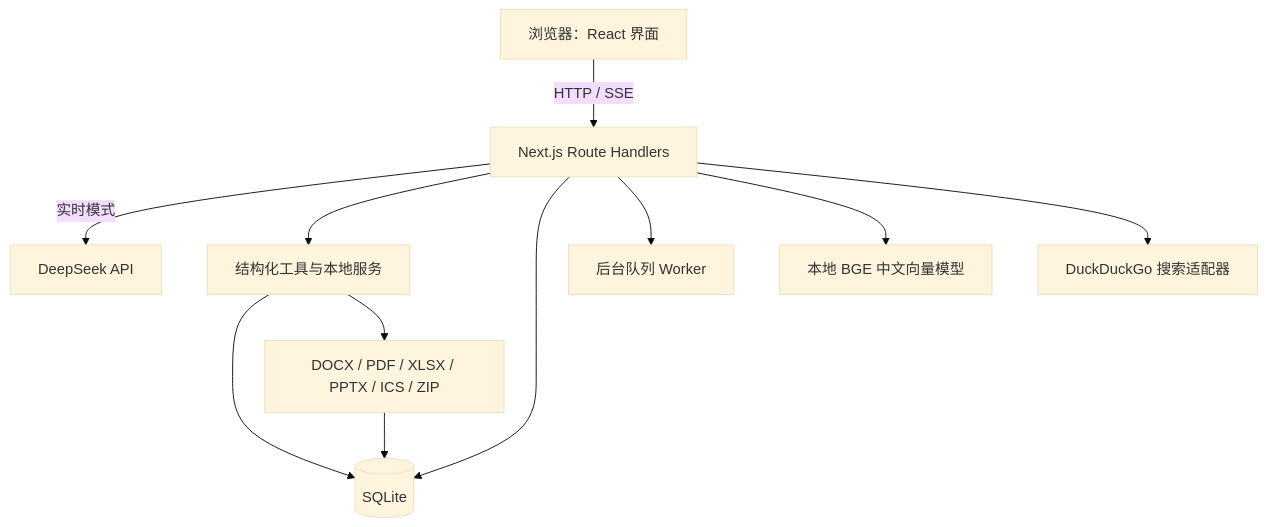
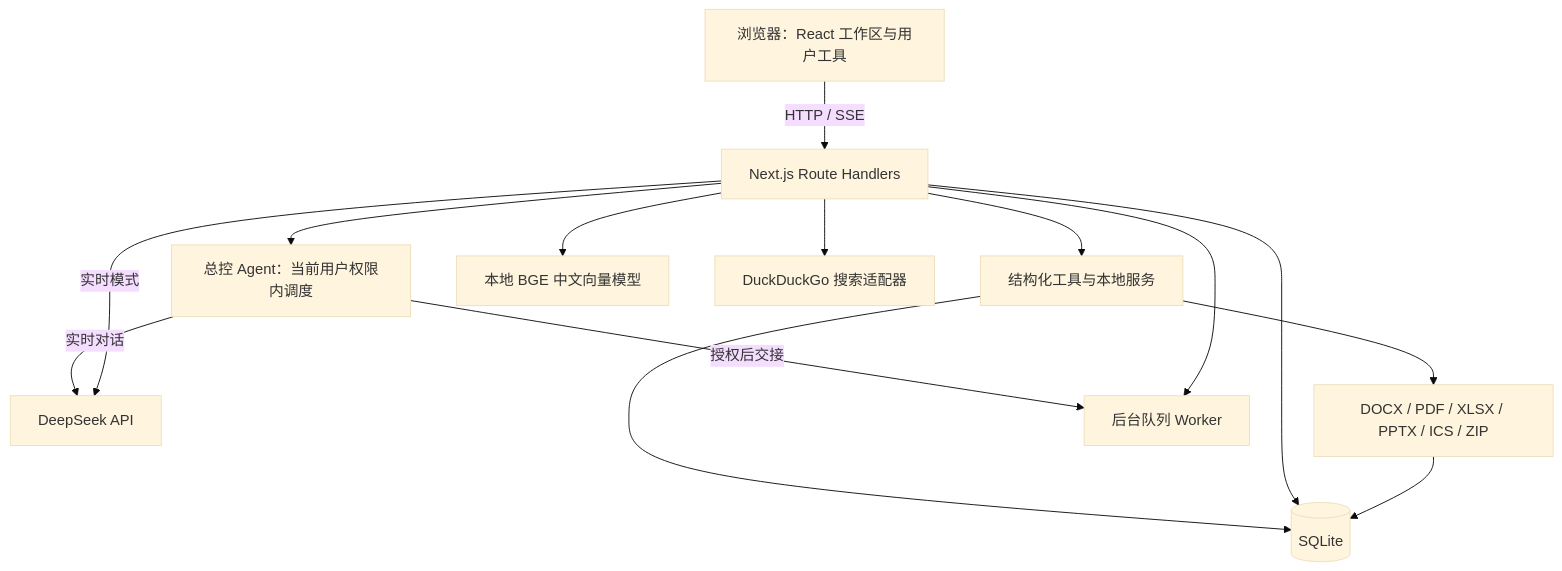
Before and after one commit to VHFXxingyun/vhfxnex-agent-workbench: the second of 2 diagrams in deliverables/VHFXNEX-technical-report-draft.md, drawn with Mermaid (base theme). The commit also changed other lines of this file and 56 other files, not shown here.

Commit message:
fix: harden workspace execution and delivery flows

````diff
--- a/deliverables/VHFXNEX-technical-report-draft.md
+++ b/deliverables/VHFXNEX-technical-report-draft.md
@@ -79,23 +83,27 @@
 ```mermaid
 flowchart TB
-  B[浏览器：React 界面]
+  B[浏览器：React 工作区与用户工具]
   API[Next.js Route Handlers]
+  SUP[总控 Agent：当前用户权限内调度]
   AI[DeepSeek API]
   TOOL[结构化工具与本地服务]
   DB[(SQLite)]
   MODEL[本地 BGE 中文向量模型]
   SEARCH[DuckDuckGo 搜索适配器]
   FILES[DOCX / PDF / XLSX / PPTX / ICS / ZIP]
   WORKER[后台队列 Worker]
 
   B -->|HTTP / SSE| API
+  API --> SUP
+  SUP -->|实时对话| AI
+  SUP -->|授权后交接| WORKER
   API -->|实时模式| AI
   API --> TOOL
   TOOL --> DB
   API --> DB
   API --> WORKER
   API --> MODEL
   API --> SEARCH
   TOOL --> FILES
   FILES --> DB
 ```
````
